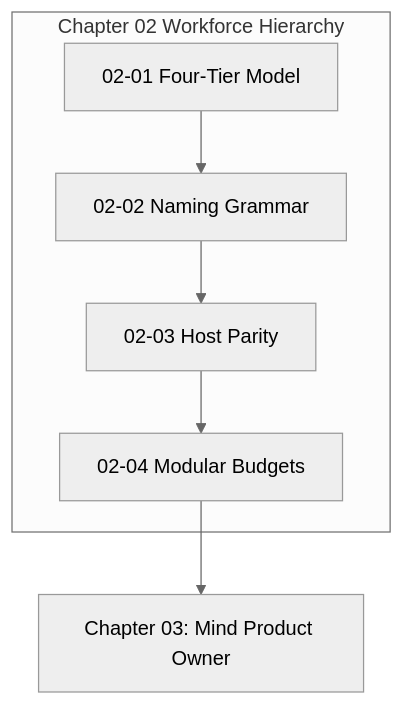
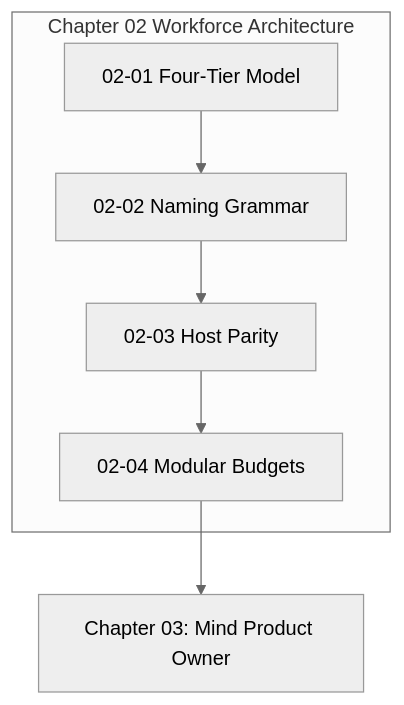
The diagram in docs/olt/architecture/02-four-tier-hierarchy/index.md (onurseckin/skills), drawn with Mermaid (neutral theme) before and after one commit. The commit also changed other lines of this file and 163 other files, not shown here.

````diff
--- a/docs/olt/architecture/02-four-tier-hierarchy/index.md
+++ b/docs/olt/architecture/02-four-tier-hierarchy/index.md
@@ -78,9 +89,9 @@
 ```mermaid
-graph TD
-    subgraph "Chapter 02 Workforce Hierarchy"
-        A[02-01 Four-Tier Model] --> B[02-02 Naming Grammar]
-        B --> C[02-03 Host Parity]
-        C --> D[02-04 Modular Budgets]
+flowchart TD
+    subgraph "Chapter 02 Workforce Architecture"
+        M1["02-01 Four-Tier Model"] --> M2["02-02 Naming Grammar"]
+        M2 --> M3["02-03 Host Parity"]
+        M3 --> M4["02-04 Modular Budgets"]
     end
-    D --> E["Chapter 03: Mind Product Owner"]
+    M4 --> NextChap["Chapter 03: Mind Product Owner"]
 ```
````
